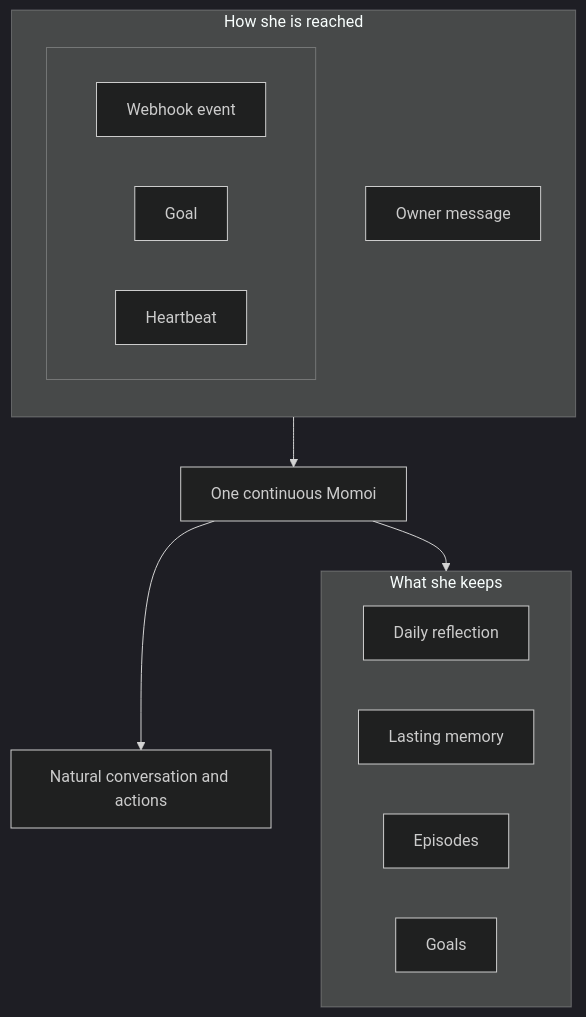
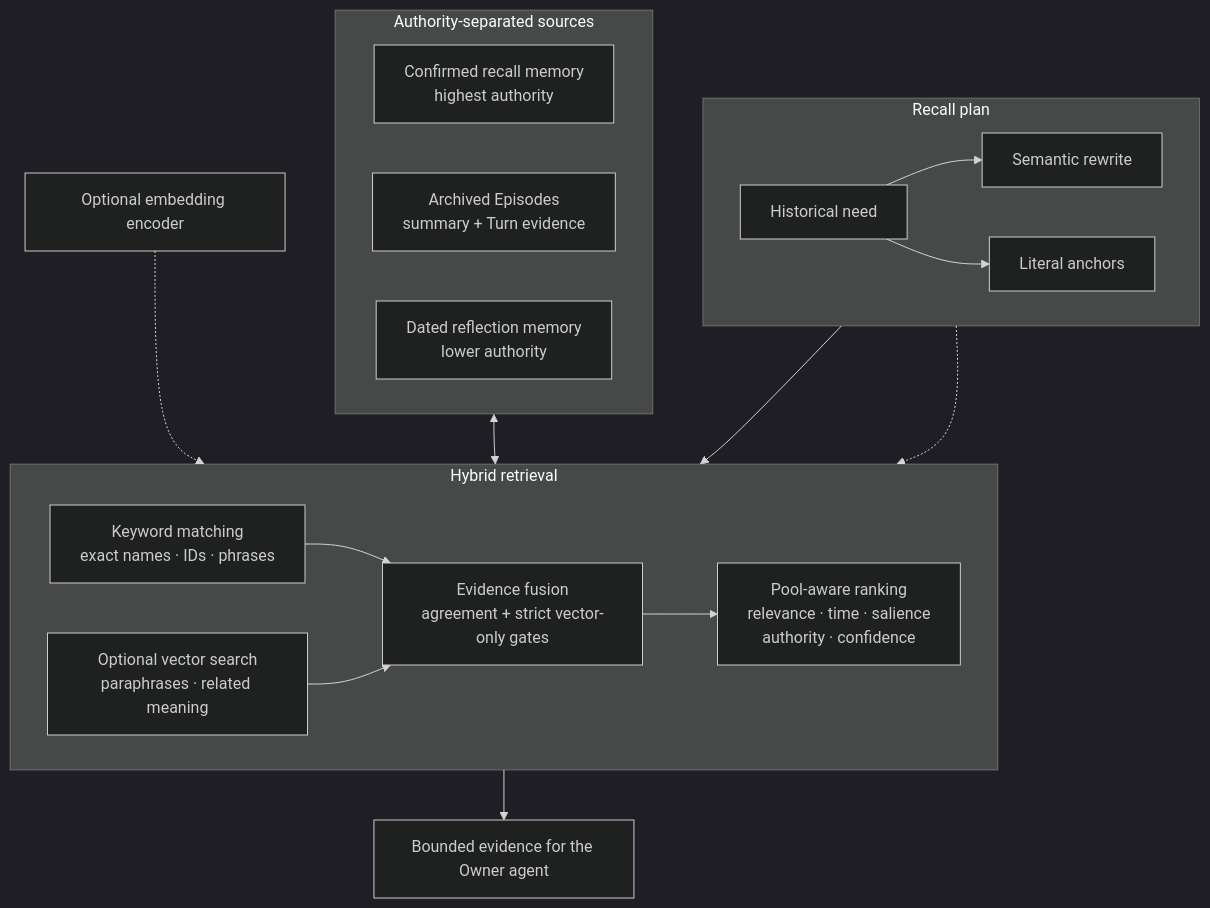
One commit to RicterZ/Momoi changed the second of 2 diagrams in README.md. Above: the diagram before and after it, drawn with Mermaid (dark theme). The commit also changed other lines of this file and 1 other file, not shown here.

````diff
--- a/README.md
+++ b/README.md
@@ -26,25 +158,37 @@
 ```mermaid
 flowchart TB
-  subgraph reach["How she is reached"]
-    direction TB
-    owner["Owner message"]
-    subgraph also[" "]
-      direction LR
-      events["Webhook event"]
-      goal["Goal"]
-      heartbeat["Heartbeat"]
-    end
+  subgraph request["Recall plan"]
+    direction LR
+    need["Historical need"]
+    rewrite["Semantic rewrite"]
+    anchors["Literal anchors"]
+    need --> rewrite
+    need --> anchors
   end
-  momoi["One continuous Momoi"]
-  out["Natural conversation and actions"]
-  subgraph keep["What she keeps"]
+
+  subgraph retrieval["Hybrid retrieval"]
     direction LR
-    reflection["Daily reflection"]
-    memory["Lasting memory"]
-    history["Episodes"]
-    agenda["Goals"]
+    keyword["Keyword matching<br/>exact names · IDs · phrases"]
+    vector["Optional vector search<br/>paraphrases · related meaning"]
+    fusion["Evidence fusion<br/>agreement + strict vector-only gates"]
+    ranking["Pool-aware ranking<br/>relevance · time · salience<br/>authority · confidence"]
+    keyword --> fusion
+    vector --> fusion --> ranking
   end
-  reach --> momoi
-  momoi --> out
-  momoi --> keep
+
+  subgraph pools["Authority-separated sources"]
+    direction LR
+    confirmed["Confirmed recall memory<br/>highest authority"]
+    episodes["Archived Episodes<br/>summary + Turn evidence"]
+    reflection["Dated reflection memory<br/>lower authority"]
+  end
+
+  selected["Bounded evidence for the Owner agent"]
+  encoder["Optional embedding encoder"]
+
+  anchors --> keyword
+  rewrite -.-> vector
+  pools <--> retrieval
+  encoder -.-> vector
+  ranking --> selected
 ```
````
